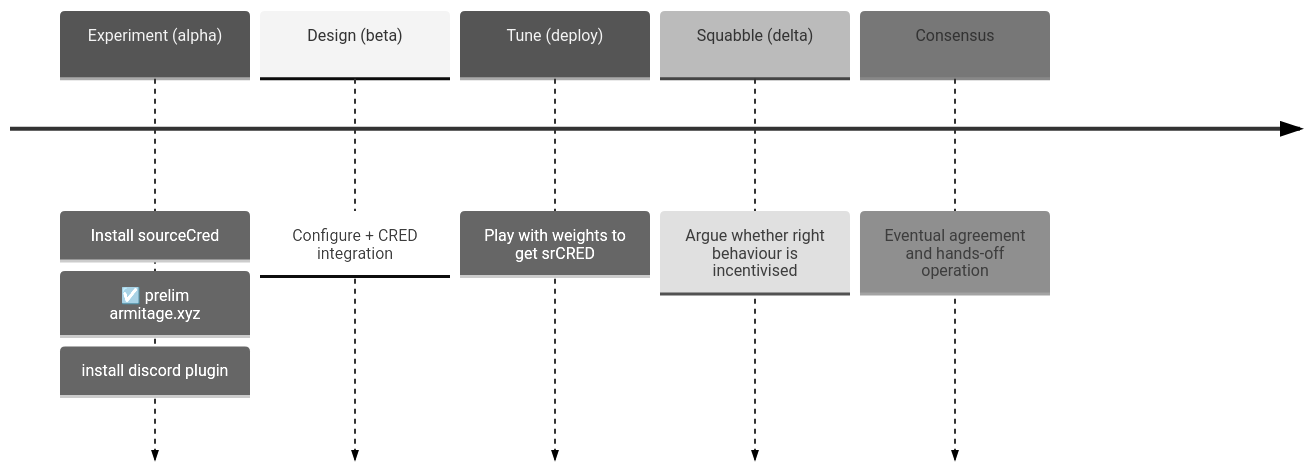
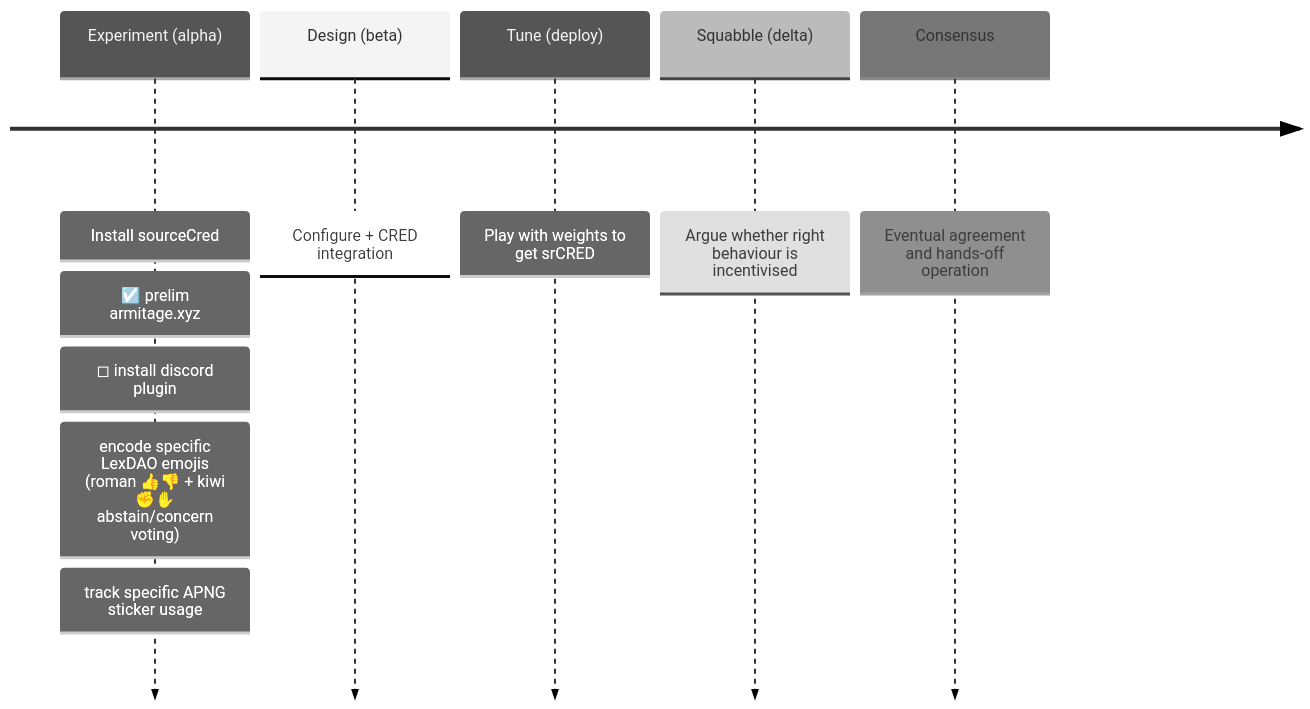
The diagram in SourceCred.md (lexDAO/2024-Membership-Token), drawn with Mermaid (neutral theme) before and after one commit.

Commit message:
add in emoji tracking

````diff
--- a/SourceCred.md
+++ b/SourceCred.md
@@ -34,10 +34,12 @@
  ```mermaid
 timeline
   Experiment (alpha) : Install sourceCred
     : ☑️ prelim armitage.xyz
-    : install discord plugin
+    : ◻ install discord plugin
+    : encode specific LexDAO emojis (roman 👍👎 + kiwi ✊✋ abstain/concern voting)
+    : track specific APNG sticker usage
   Design (beta) : Configure + CRED integration
   Tune (deploy) :  Play with weights to get srCRED
   Squabble (delta) : Argue whether right behaviour is incentivised
   Consensus : Eventual agreement and hands-off operation
 ```
````
